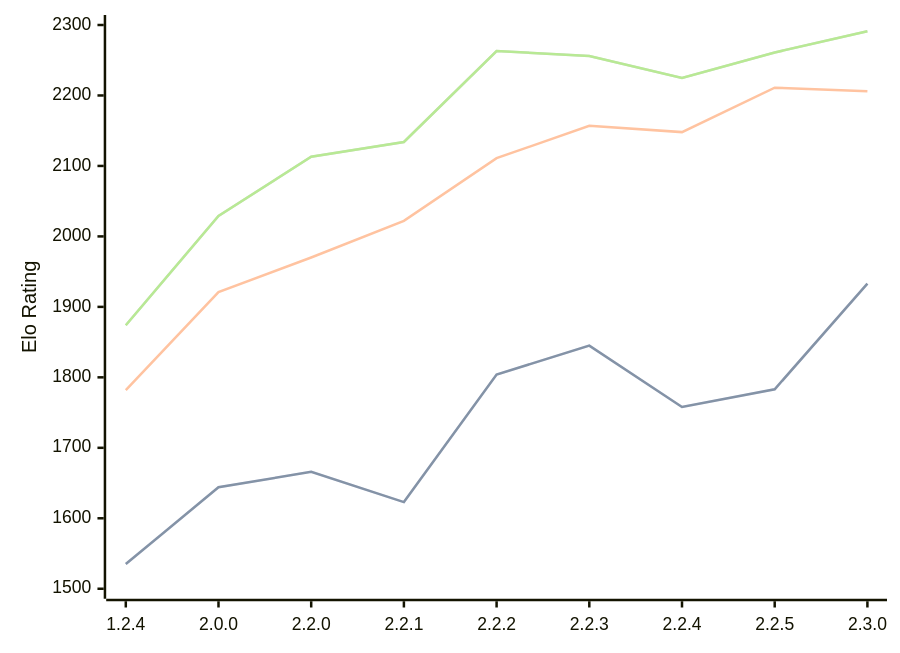
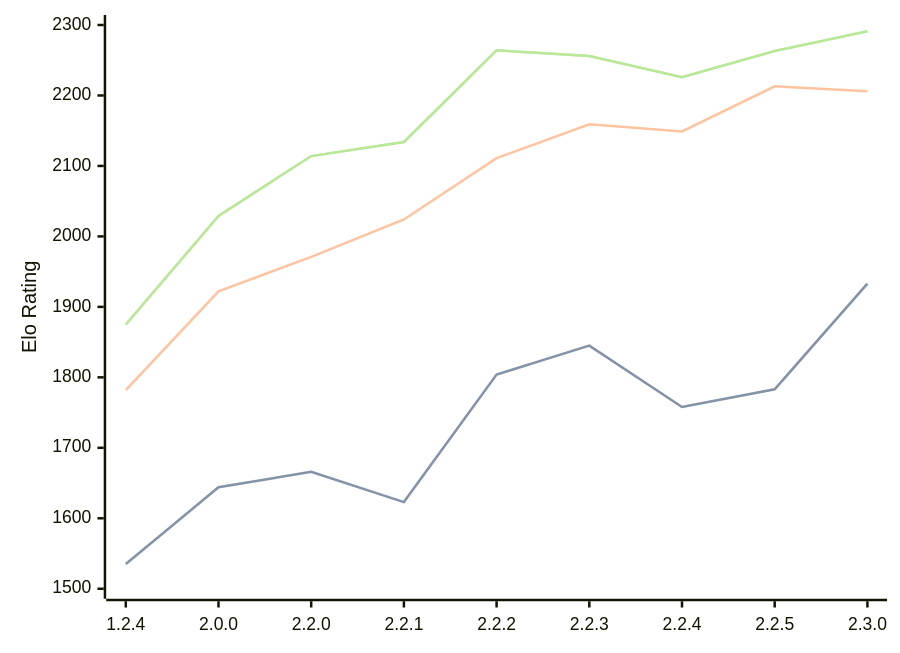
The diagram in engines/Kreveta.md (computer-chess-index/cci), drawn with Mermaid before and after one commit. The commit also changed other lines of this file, not shown here.

Commit message:
Update CCI Ratings (ELO VLTC) - 2026-05-04

````diff
--- a/engines/Kreveta.md
+++ b/engines/Kreveta.md
@@ -42,11 +42,11 @@
 ```mermaid
 %%{init: {"theme":"base","themeVariables":{"seriesColors:['#a3a3a3','#222221','#faa371']}}}%%
 xychart-beta
   x-axis ["1.2.4", "2.0.0", "2.2.0", "2.2.1", "2.2.2", "2.2.3", "2.2.4", "2.2.5", "2.3.0"]
   y-axis "Elo Rating" 1500 --> 2300
   line "STC (8.0+0.08s)" [1535, 1644, 1666, 1623, 1804, 1845, 1758, 1783, 1933]
   line "STC (8.0+0.08s)" [1535, 1644, 1666, 1623, 1804, 1845, 1758, 1783, 1933]
-  line "LTC (60.0+0.60s)" [1782, 1921, 1970, 2022, 2111, 2157, 2148, 2211, 2206]
-  line "VLTC (2m24s+1.12s)" [1874, 2029, 2113, 2134, 2263, 2256, 2225, 2261, 2291]
-  line "VLTC (2m24s+1.12s)" [1874, 2029, 2113, 2134, 2263, 2256, 2225, 2261, 2291]
+  line "LTC (60.0+0.60s)" [1782, 1922, 1971, 2024, 2111, 2159, 2149, 2213, 2206]
+  line "VLTC (2m24s+1.12s)" [1875, 2029, 2114, 2134, 2264, 2256, 2226, 2263, 2291]
+  line "VLTC (2m24s+1.12s)" [1875, 2029, 2114, 2134, 2264, 2256, 2226, 2263, 2291]
 ```
````
